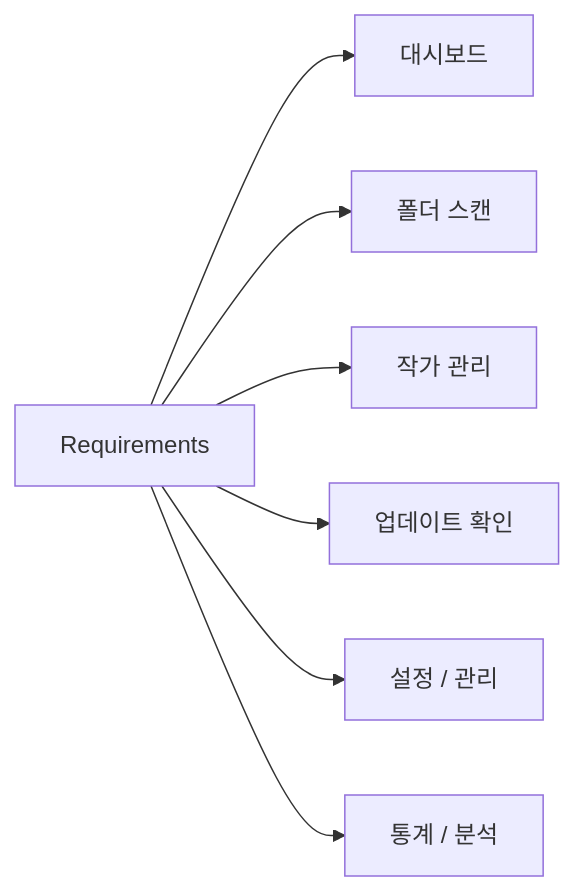
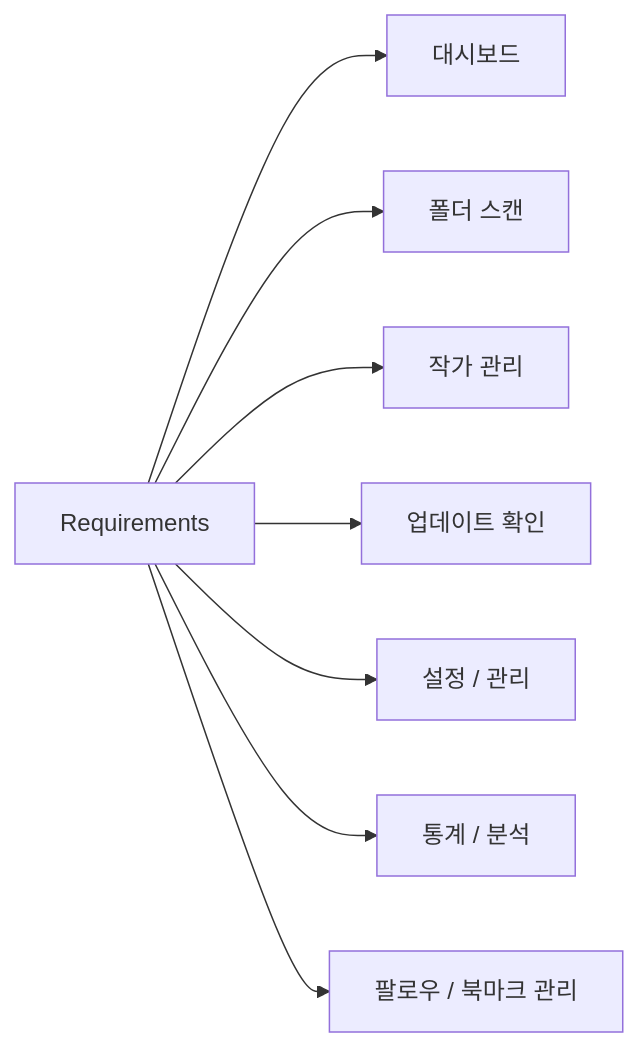
One commit to PKT0623/PixivLocalManager changed the diagram in docs/02_REQUIREMENTS.md. Above: the diagram before and after it, drawn with Mermaid. The commit also changed other lines of this file and 9 other files, not shown here.

````diff
--- a/docs/02_REQUIREMENTS.md
+++ b/docs/02_REQUIREMENTS.md
@@ -5,12 +5,13 @@
-```mermaid
+```mermaid id="z6s8d4"
 flowchart LR
 
 REQ[Requirements]
 
 REQ --> DASHBOARD[대시보드]
 REQ --> SCAN[폴더 스캔]
 REQ --> ARTIST[작가 관리]
 REQ --> UPDATE[업데이트 확인]
 REQ --> SETTINGS[설정 / 관리]
 REQ --> STATISTICS[통계 / 분석]
+REQ --> FOLLOW[팔로우 / 북마크 관리]
 ```
````
